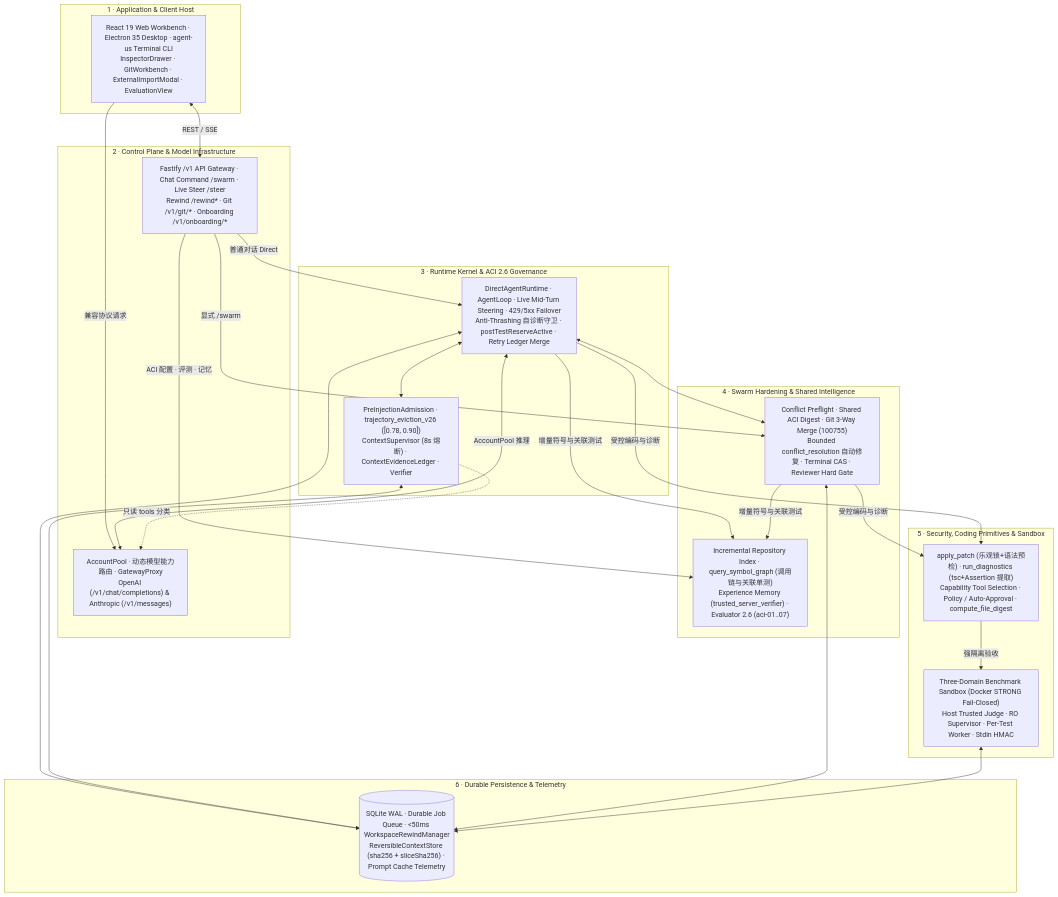
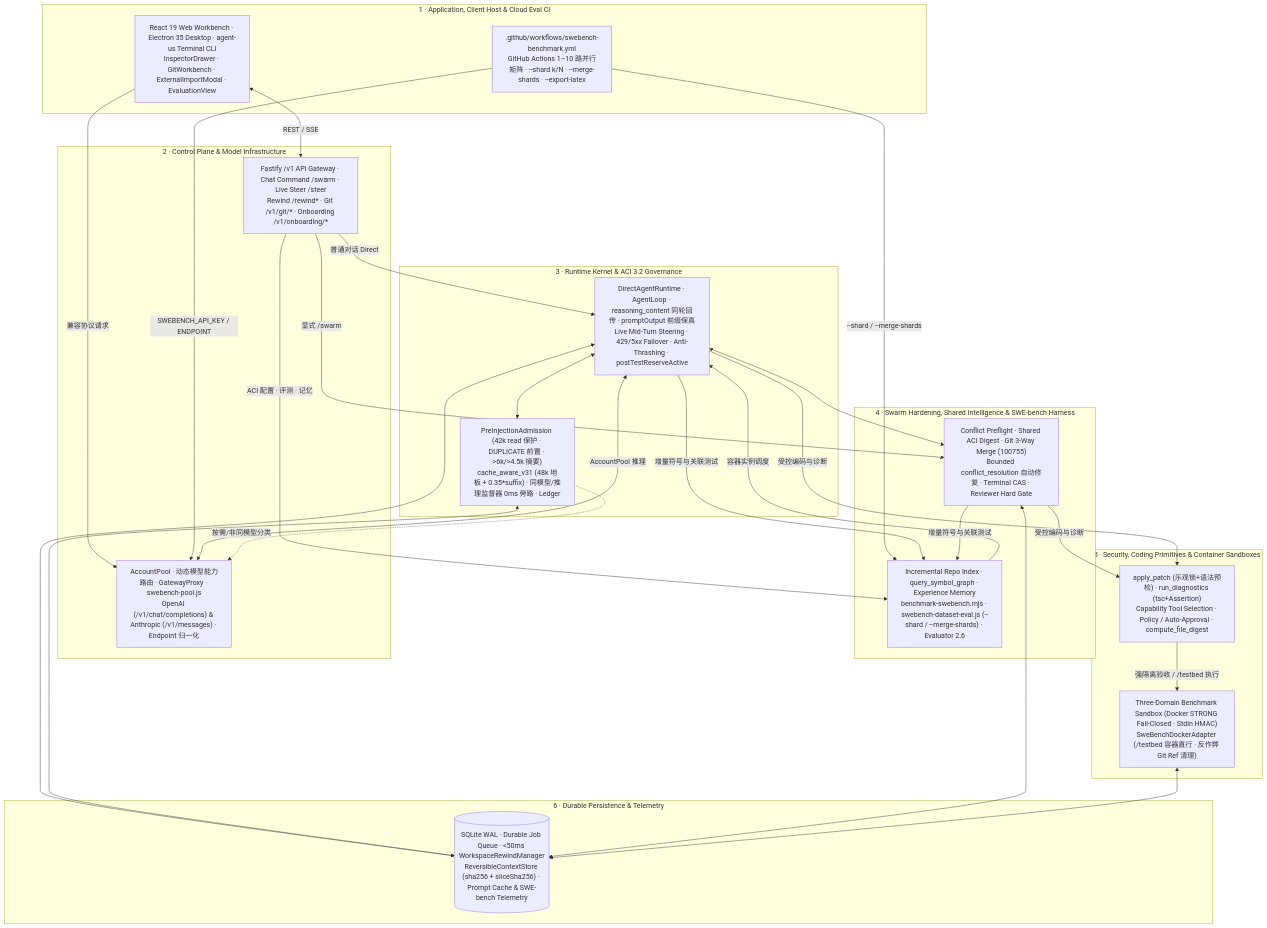
One commit to Eternite-0/Agent_US changed the second of 2 diagrams in README.md. Above: the diagram before and after it, drawn with Mermaid. The commit also changed other lines of this file, not shown here.

Commit message:
docs(readme): upgrade README.md to Agent_US 3.2

````diff
--- a/README.md
+++ b/README.md
@@ -131,44 +146,48 @@
 ```mermaid
 flowchart TB
-    subgraph L1["1 · Application & Client Host"]
+    subgraph L1["1 · Application, Client Host & Cloud Eval CI"]
         CLIENT["React 19 Web Workbench · Electron 35 Desktop · agent-us Terminal CLI\nInspectorDrawer · GitWorkbench · ExternalImportModal · EvaluationView"]
+        GHA[".github/workflows/swebench-benchmark.yml\nGitHub Actions 1–10 路并行矩阵 · --shard k/N · --merge-shards · --export-latex"]
     end
 
     subgraph L2["2 · Control Plane & Model Infrastructure"]
         API["Fastify /v1 API Gateway · Chat Command /swarm · Live Steer /steer\nRewind /rewind* · Git /v1/git/* · Onboarding /v1/onboarding/*"]
-        POOL["AccountPool · 动态模型能力路由 · GatewayProxy\nOpenAI (/v1/chat/completions) & Anthropic (/v1/messages)"]
+        POOL["AccountPool · 动态模型能力路由 · GatewayProxy · swebench-pool.js\nOpenAI (/v1/chat/completions) & Anthropic (/v1/messages) · Endpoint 归一化"]
     end
 
-    subgraph L3["3 · Runtime Kernel & ACI 2.6 Governance"]
-        KERNEL["DirectAgentRuntime · AgentLoop · Live Mid-Turn Steering · 429/5xx Failover\nAnti-Thrashing 自诊断守卫 · postTestReserveActive · Retry Ledger Merge"]
-        ACI["PreInjectionAdmission · trajectory_eviction_v26 ([0.78, 0.90])\nContextSupervisor (8s 熔断) · ContextEvidenceLedger · Verifier"]
+    subgraph L3["3 · Runtime Kernel & ACI 3.2 Governance"]
+        KERNEL["DirectAgentRuntime · AgentLoop · reasoning_content 同轮回传 · promptOutput 前缀保真\nLive Mid-Turn Steering · 429/5xx Failover · Anti-Thrashing · postTestReserveActive"]
+        ACI["PreInjectionAdmission (42k read 保护 · DUPLICATE 前置 · >6k/>4.5k 摘要)\ncache_aware_v31 (48k 地板 + 0.35*suffix) · 同模型/推理监督器 0ms 旁路 · Ledger"]
     end
 
-    subgraph L4["4 · Swarm Hardening & Shared Intelligence"]
+    subgraph L4["4 · Swarm Hardening, Shared Intelligence & SWE-bench Harness"]
         SWARM["Conflict Preflight · Shared ACI Digest · Git 3-Way Merge (100755)\nBounded conflict_resolution 自动修复 · Terminal CAS · Reviewer Hard Gate"]
-        SHARED["Incremental Repository Index · query_symbol_graph (调用链与关联单测)\nExperience Memory (trusted_server_verifier) · Evaluator 2.6 (aci-01..07)"]
+        SHARED["Incremental Repo Index · query_symbol_graph · Experience Memory\nbenchmark-swebench.mjs · swebench-dataset-eval.js (--shard / --merge-shards) · Evaluator 2.6"]
     end
 
-    subgraph L5["5 · Security, Coding Primitives & Sandbox"]
-        TOOLING["apply_patch (乐观锁+语法预检) · run_diagnostics (tsc+Assertion 提取)\nCapability Tool Selection · Policy / Auto-Approval · compute_file_digest"]
-        SANDBOX["Three-Domain Benchmark Sandbox (Docker STRONG Fail-Closed)\nHost Trusted Judge · RO Supervisor · Per-Test Worker · Stdin HMAC"]
+    subgraph L5["5 · Security, Coding Primitives & Container Sandboxes"]
+        TOOLING["apply_patch (乐观锁+语法预检) · run_diagnostics (tsc+Assertion)\nCapability Tool Selection · Policy / Auto-Approval · compute_file_digest"]
+        SANDBOX["Three-Domain Benchmark Sandbox (Docker STRONG Fail-Closed · Stdin HMAC)\nSweBenchDockerAdapter (/testbed 容器直行 · 反作弊 Git Ref 清理)"]
     end
 
     subgraph L6["6 · Durable Persistence & Telemetry"]
-        STORE[("SQLite WAL · Durable Job Queue · <50ms WorkspaceRewindManager\nReversibleContextStore (sha256 + sliceSha256) · Prompt Cache Telemetry")]
+        STORE[("SQLite WAL · Durable Job Queue · <50ms WorkspaceRewindManager\nReversibleContextStore (sha256 + sliceSha256) · Prompt Cache & SWE-bench Telemetry")]
     end
 
     CLIENT <-->|"REST / SSE"| API
     CLIENT -->|"兼容协议请求"| POOL
+    GHA -->|"--shard / --merge-shards"| SHARED
+    GHA -->|"SWEBENCH_API_KEY / ENDPOINT"| POOL
     API -->|"普通对话 Direct"| KERNEL
     API -->|"显式 /swarm"| SWARM
     API -->|"ACI 配置 · 评测 · 记忆"| SHARED
     KERNEL <--> ACI
     KERNEL <-->|"AccountPool 推理"| POOL
-    ACI -.->|"只读 tools 分类"| POOL
+    ACI -.->|"按需/非同模型分类"| POOL
     KERNEL <--> SWARM
     KERNEL & SWARM -->|"增量符号与关联测试"| SHARED
+    SHARED -->|"容器实例调度"| KERNEL
     KERNEL & SWARM -->|"受控编码与诊断"| TOOLING
-    TOOLING -->|"强隔离验收"| SANDBOX
+    TOOLING -->|"强隔离验收 / /testbed 执行"| SANDBOX
     KERNEL & ACI & SWARM & SANDBOX <--> STORE
 ```
````
